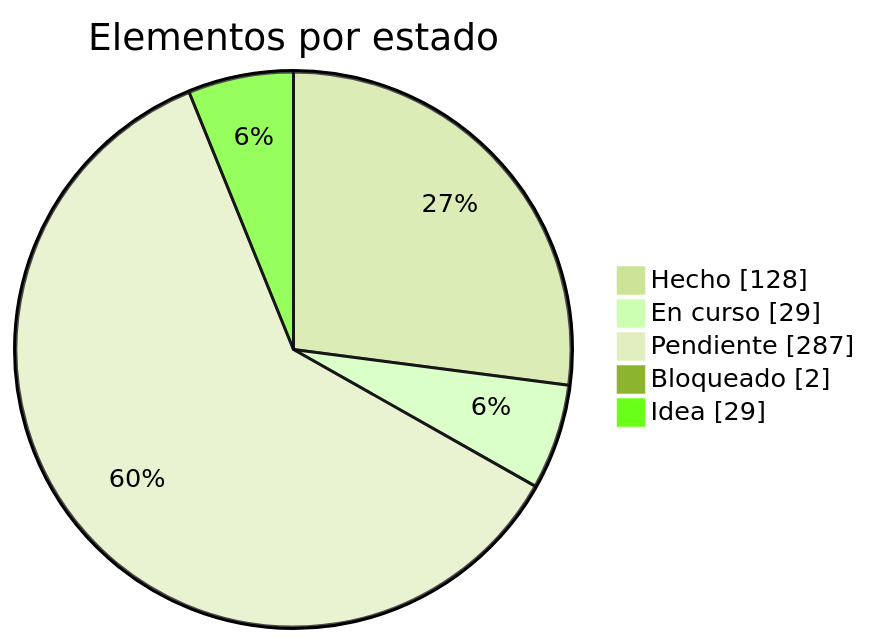
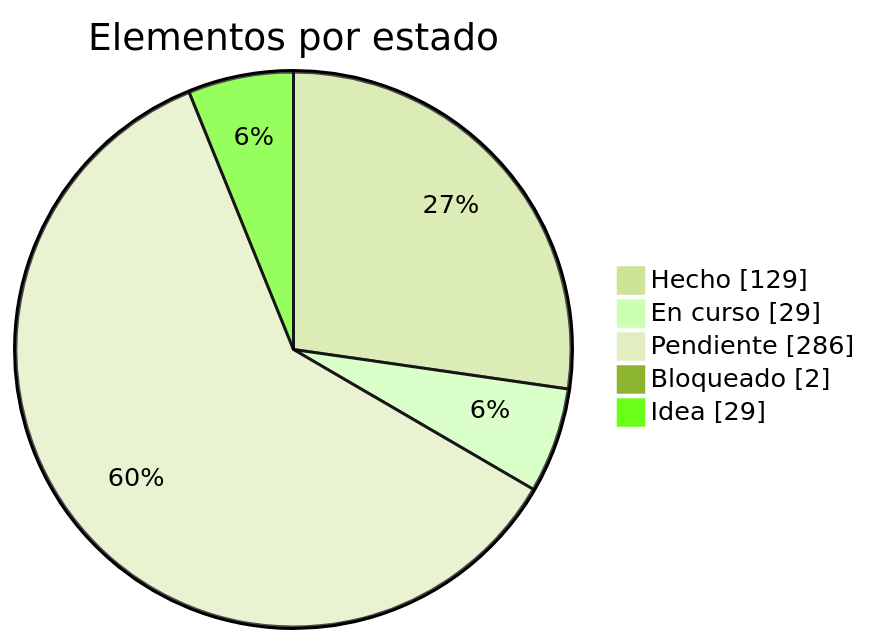
One commit to dariogea/BM27 changed the first of 2 diagrams in docs/roadmap.md. Above: the diagram before and after it, drawn with Mermaid (forest theme). The commit also changed other lines of this file and 12 other files, not shown here.

````diff
--- a/docs/roadmap.md
+++ b/docs/roadmap.md
@@ -13,8 +13,8 @@
 ```mermaid
 pie showData title Elementos por estado
-  "Hecho" : 128
+  "Hecho" : 129
   "En curso" : 29
-  "Pendiente" : 287
+  "Pendiente" : 286
   "Bloqueado" : 2
   "Idea" : 29
 ```
````
